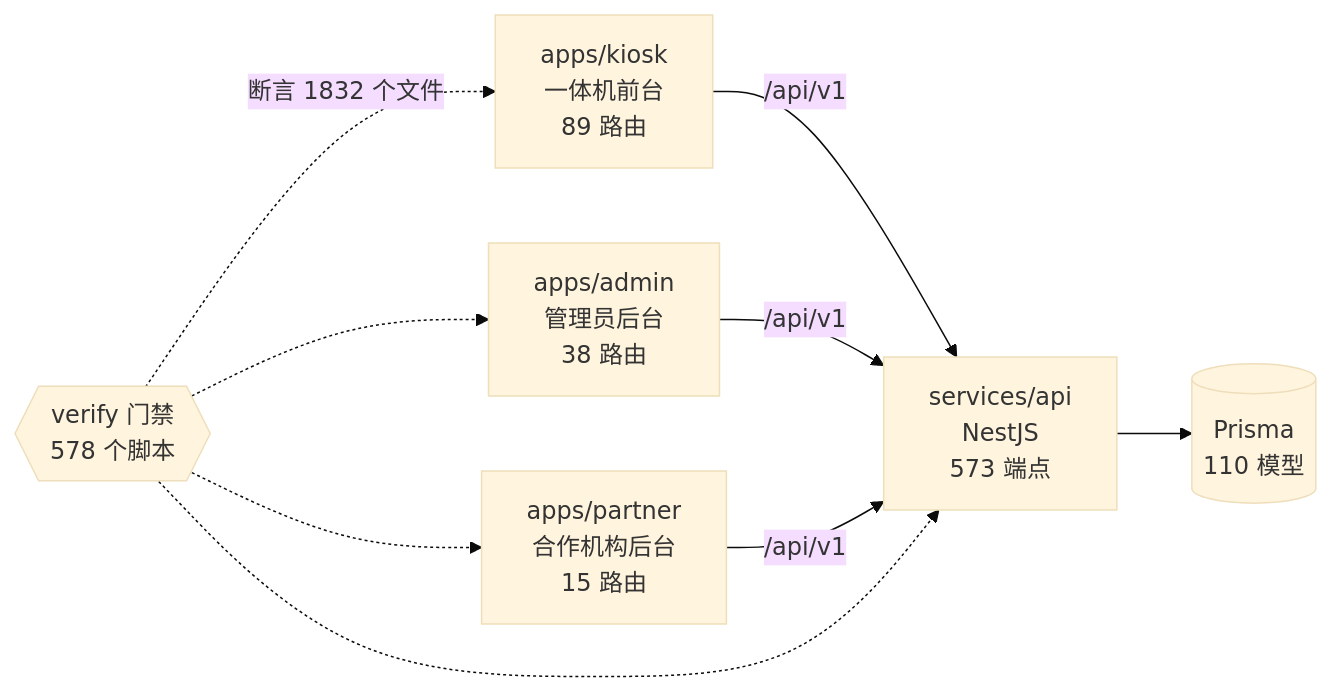
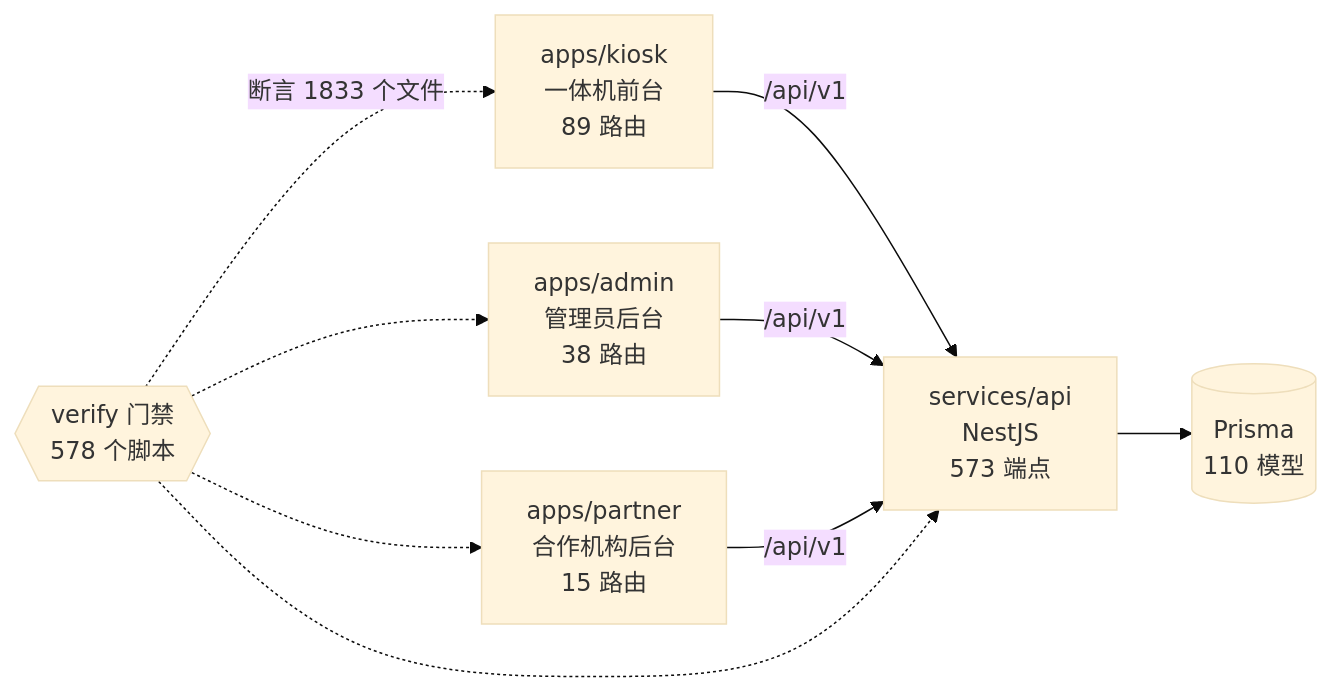
Before and after one commit to wanglei581/YITIJI: the diagram in docs/graph/README.md, drawn with Mermaid (base theme). The commit also changed other lines of this file and 2 other files, not shown here.

Commit message:
chore(graph): W-125 后重生图谱（usb-capability 模块与门禁引用）

````diff
--- a/docs/graph/README.md
+++ b/docs/graph/README.md
@@ -68,18 +68,18 @@
 ```mermaid
 flowchart LR
   kiosk["apps/kiosk<br/>一体机前台<br/>89 路由"]
   admin["apps/admin<br/>管理员后台<br/>38 路由"]
   partner["apps/partner<br/>合作机构后台<br/>15 路由"]
   api["services/api<br/>NestJS<br/>573 端点"]
   db[("Prisma<br/>110 模型")]
   gates{{"verify 门禁<br/>578 个脚本"}}
 
   kiosk -->|"/api/v1"| api
   admin -->|"/api/v1"| api
   partner -->|"/api/v1"| api
   api --> db
-  gates -.->|"断言 1832 个文件"| kiosk
+  gates -.->|"断言 1833 个文件"| kiosk
   gates -.-> admin
   gates -.-> partner
   gates -.-> api
 ```
````
